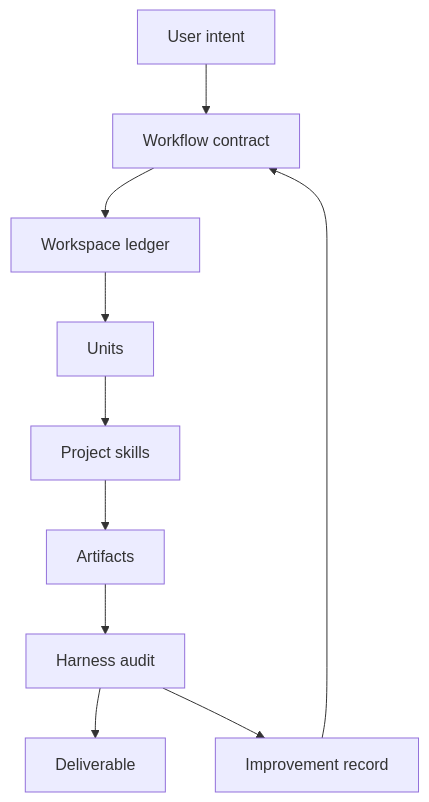
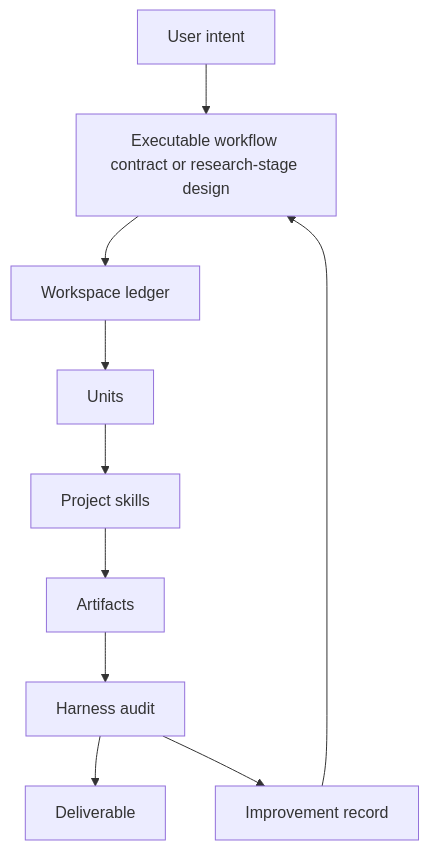
The diagram in README.md (WILLOSCAR/research-units-pipeline-skills), drawn with Mermaid before and after one commit. The commit also changed other lines of this file and 29 other files, not shown here.

````diff
--- a/README.md
+++ b/README.md
@@ -47,12 +47,12 @@
 ```mermaid
 flowchart TD
-    A["User intent"] --> B["Workflow contract"]
+    A["User intent"] --> B["Executable workflow contract or research-stage design"]
     B --> C["Workspace ledger"]
     C --> D["Units"]
     D --> E["Project skills"]
     E --> F["Artifacts"]
     F --> G["Harness audit"]
     G --> H["Deliverable"]
     G --> I["Improvement record"]
     I --> B
 ```
````
